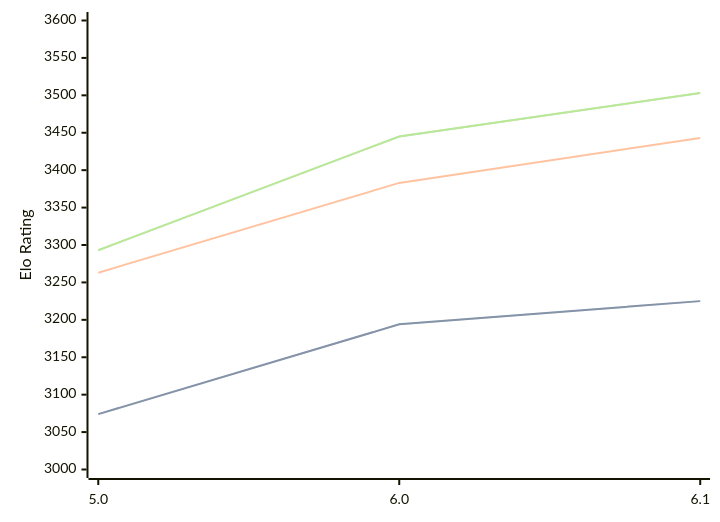
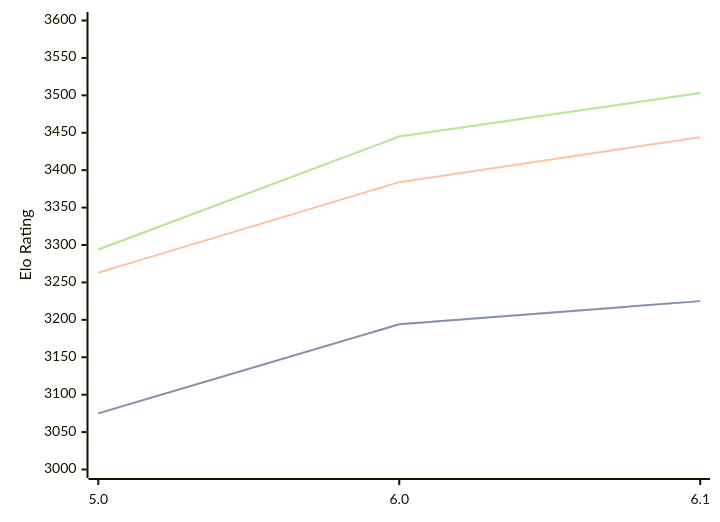
The diagram in engines/PZChessBot.md (computer-chess-index/cci), drawn with Mermaid before and after one commit. The commit also changed other lines of this file, not shown here.

Commit message:
Update CCI Ratings (ELO VLTC) - 2026-04-05

````diff
--- a/engines/PZChessBot.md
+++ b/engines/PZChessBot.md
@@ -42,11 +42,11 @@
 ```mermaid
 %%{init: {"theme":"base","themeVariables":{"seriesColors:['#a3a3a3','#222221','#faa371']}}}%%
 xychart-beta
   x-axis ["5.0", "6.0", "6.1"]
   y-axis "Elo Rating" 3000 --> 3600
-  line "STC (8.0+0.08s)" [3074, 3194, 3225]
-  line "STC (8.0+0.08s)" [3074, 3194, 3225]
-  line "LTC (60.0+0.60s)" [3263, 3383, 3443]
-  line "VLTC (2m24s+1.12s)" [3293, 3445, 3503]
-  line "VLTC (2m24s+1.12s)" [3293, 3445, 3503]
+  line "STC (8.0+0.08s)" [3075, 3194, 3225]
+  line "STC (8.0+0.08s)" [3075, 3194, 3225]
+  line "LTC (60.0+0.60s)" [3263, 3384, 3444]
+  line "VLTC (2m24s+1.12s)" [3294, 3445, 3503]
+  line "VLTC (2m24s+1.12s)" [3294, 3445, 3503]
 ```
````
